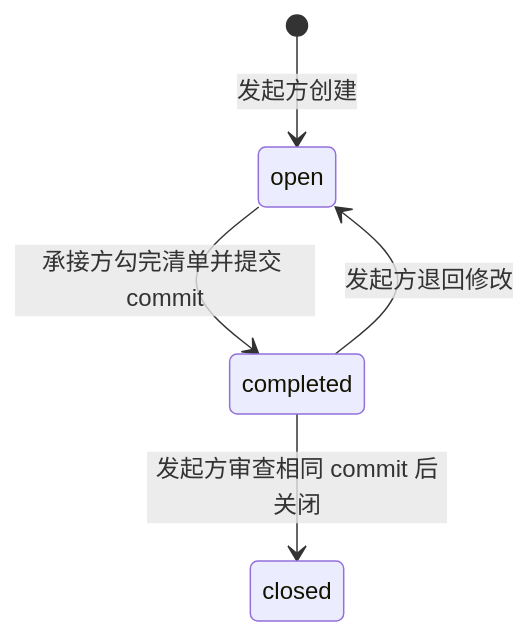
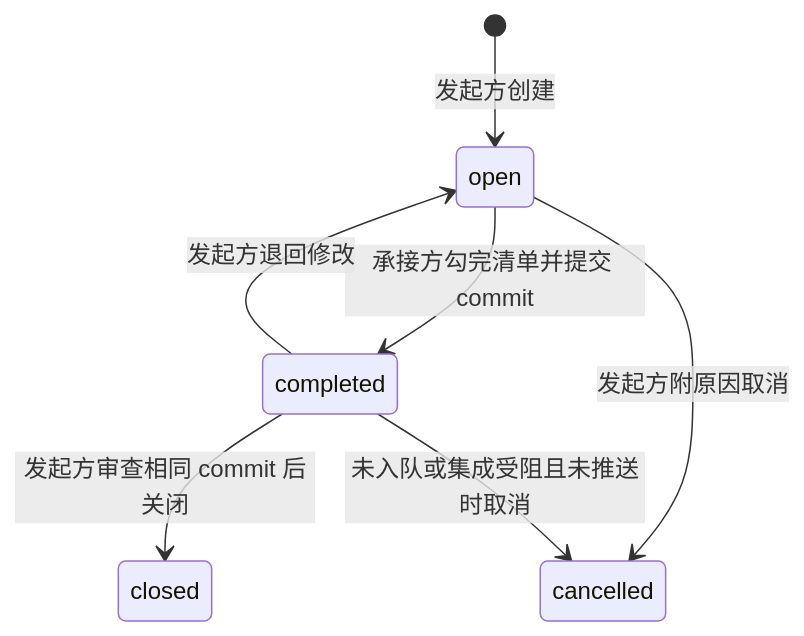
One commit to lyston11/pi-cowork changed the second of 2 diagrams in README.md. Above: the diagram before and after it, drawn with Mermaid. The commit also changed other lines of this file and 14 other files, not shown here.

````diff
--- a/README.md
+++ b/README.md
@@ -169,7 +175,9 @@
 ```mermaid
 stateDiagram-v2
     [*] --> open: 发起方创建
     open --> completed: 承接方勾完清单并提交 commit
     completed --> closed: 发起方审查相同 commit 后关闭
     completed --> open: 发起方退回修改
+    open --> cancelled: 发起方附原因取消
+    completed --> cancelled: 未入队或集成受阻且未推送时取消
 ```
````
